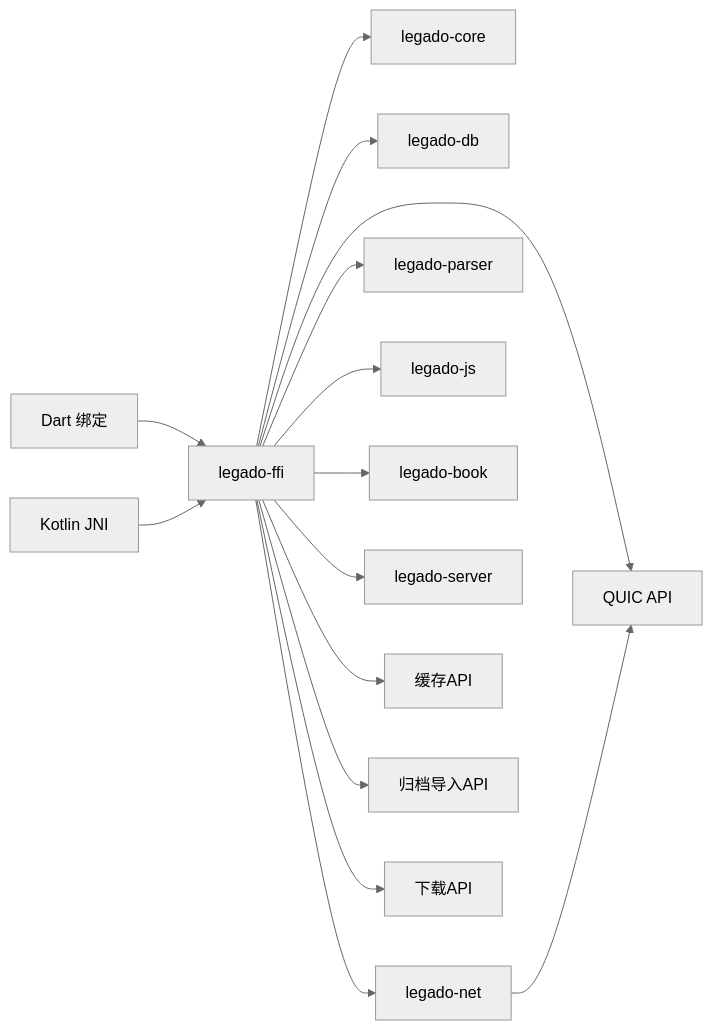
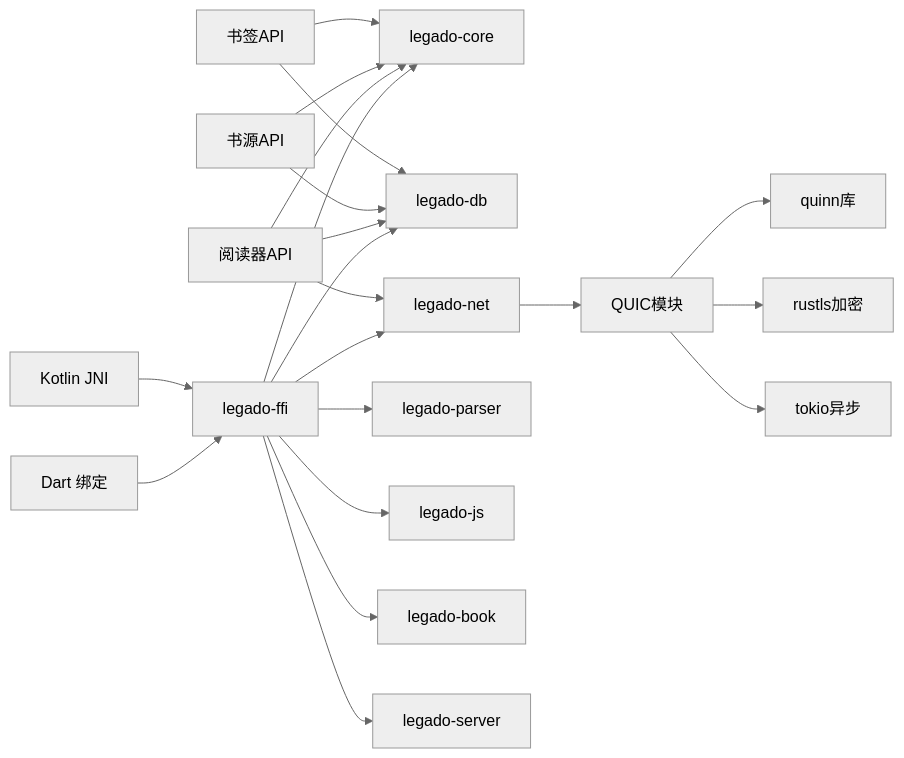
Before and after one commit to ZhangGHGitHub/LegadoTeamFlutter: the fourth of 4 diagrams in .qoder/repowiki/zh/content/API参考/FFI跨语言接口.md, drawn with Mermaid (neutral theme). The commit also changed other lines of this file and 173 other files, not shown here.

````diff
--- a/.qoder/repowiki/zh/content/API参考/FFI跨语言接口.md
+++ b/.qoder/repowiki/zh/content/API参考/FFI跨语言接口.md
@@ -323,17 +428,23 @@
 ```mermaid
 graph LR
 FFI["legado-ffi"] --> Core["legado-core"]
 FFI --> DB["legado-db"]
 FFI --> Net["legado-net"]
 FFI --> Parser["legado-parser"]
 FFI --> JS["legado-js"]
 FFI --> Book["legado-book"]
 FFI --> Server["legado-server"]
-FFI --> CacheAPI["缓存API"]
-FFI --> ArchiveAPI["归档导入API"]
-FFI --> DownloadAPI["下载API"]
-FFI --> QuicAPI["QUIC API"]
+Reader["阅读器API"] --> Core
+Reader --> DB
+Reader --> Net
+Source["书源API"] --> Core
+Source --> DB
+Bookmark["书签API"] --> Core
+Bookmark --> DB
+Net --> Quic["QUIC模块"]
 Dart["Dart 绑定"] --> FFI
 Kotlin["Kotlin JNI"] --> FFI
-Net --> QuicAPI
+Quic --> Quinn["quinn库"]
+Quic --> Rustls["rustls加密"]
+Quic --> Tokio["tokio异步"]
 ```
````
